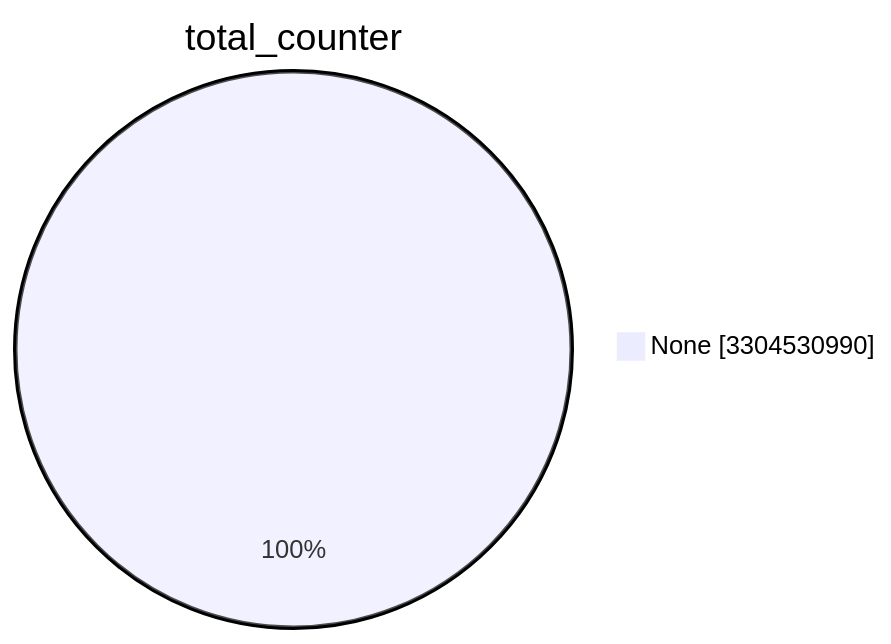
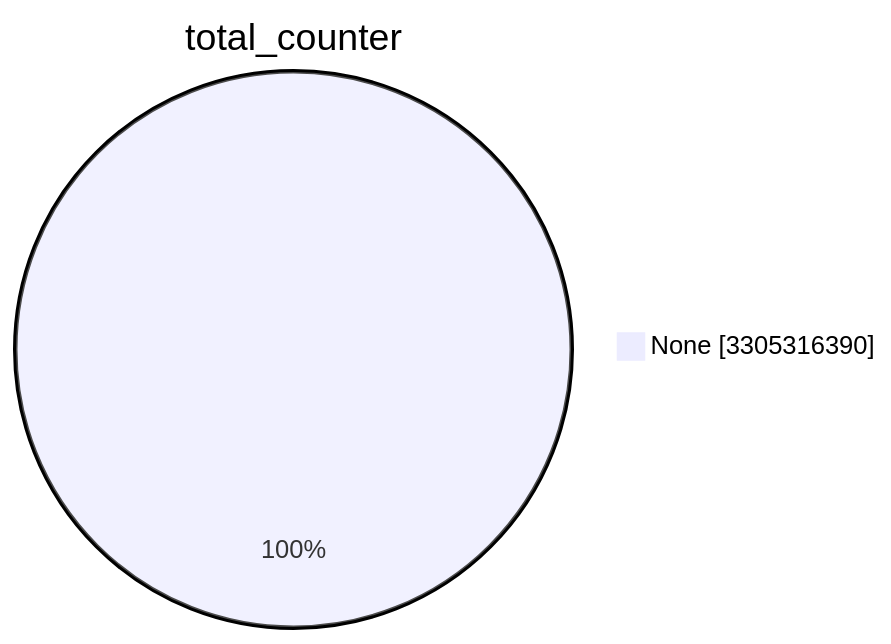
The first of 15 diagrams in TOTAL/README.md (christiankrug/ctmonitor_visualization), drawn with Mermaid before and after one commit. The commit also changed other lines of this file, not shown here.

````diff
--- a/TOTAL/README.md
+++ b/TOTAL/README.md
@@ -1,5 +1,5 @@
 ```mermaid
 pie showData
 title total_counter
-"None" :3304530990
+"None" :3305316390
 ```
````
